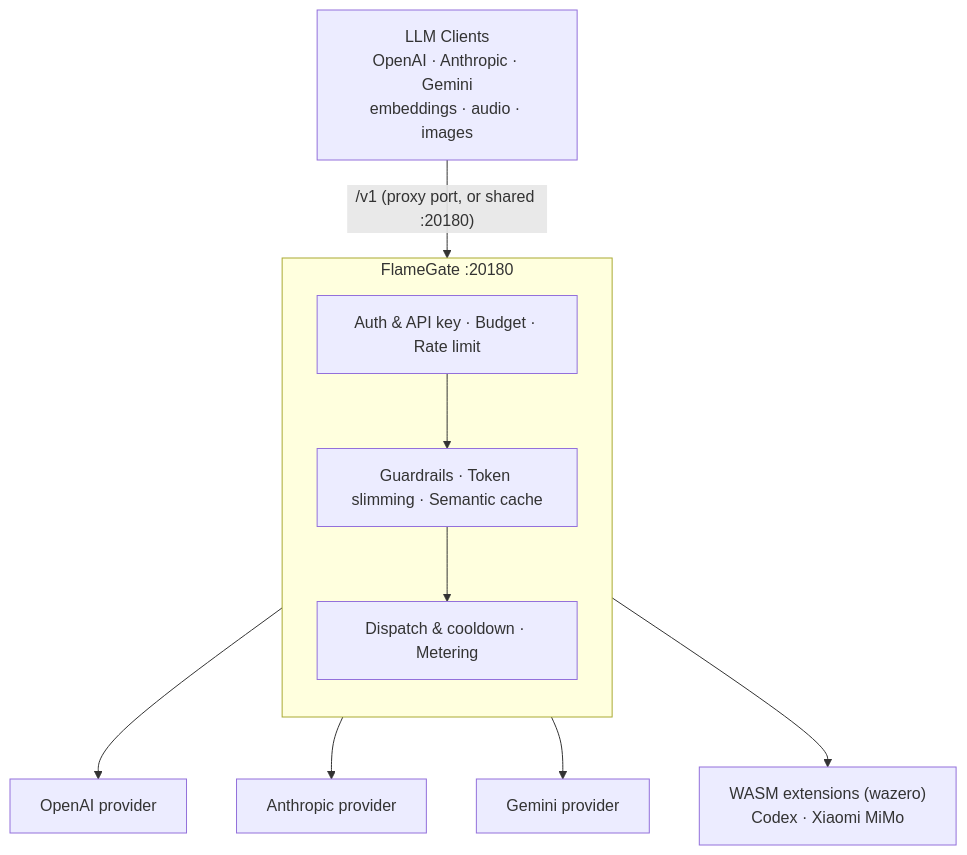
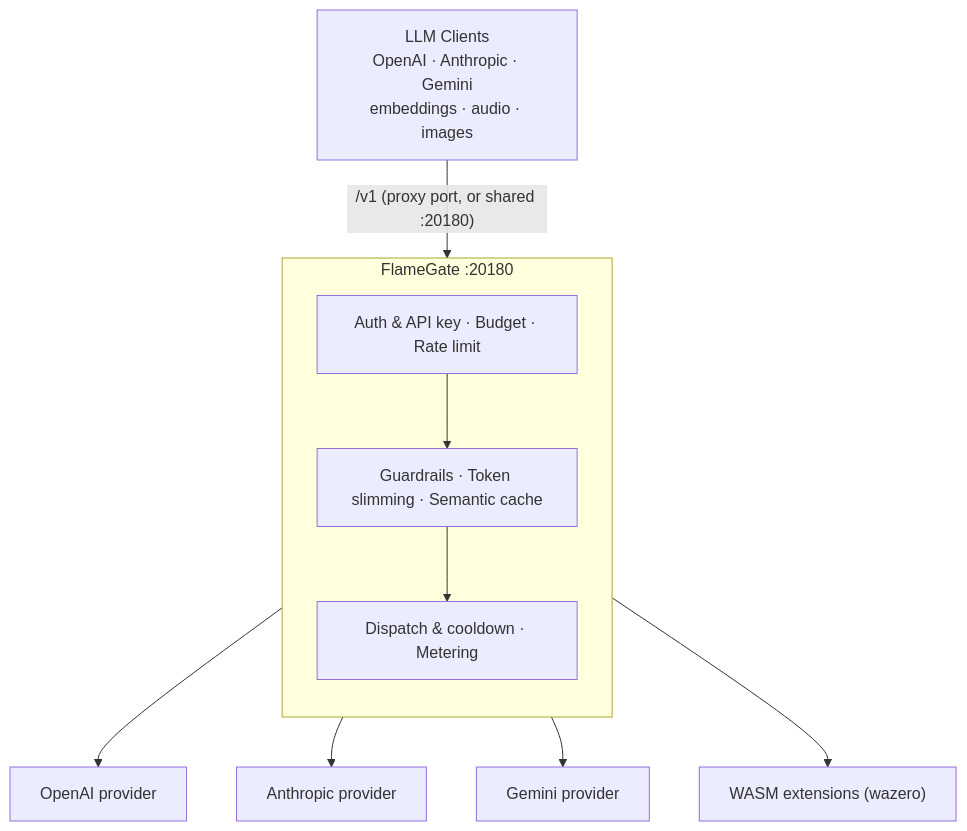
Before and after one commit to bobbyunknown/flamegate: the diagram in README.md, drawn with Mermaid. The commit also changed other lines of this file, not shown here.

````diff
--- a/README.md
+++ b/README.md
@@ -30,17 +30,17 @@
 ```mermaid
 flowchart TD
     Client["LLM Clients<br/>OpenAI · Anthropic · Gemini<br/>embeddings · audio · images"] -->|"/v1 (proxy port, or shared :20180)"| Gateway
 
     subgraph Gateway["FlameGate :20180"]
         direction TB
         Auth["Auth & API key · Budget · Rate limit"]
         Process["Guardrails · Token slimming · Semantic cache"]
         Dispatch["Dispatch & cooldown · Metering"]
         Auth --> Process --> Dispatch
     end
 
     Gateway --> POpenAI["OpenAI provider"]
     Gateway --> PAnthropic["Anthropic provider"]
     Gateway --> PGemini["Gemini provider"]
-    Gateway --> PExt["WASM extensions (wazero)<br/>Codex · Xiaomi MiMo"]
+    Gateway --> PExt["WASM extensions (wazero)"]
 ```
````
